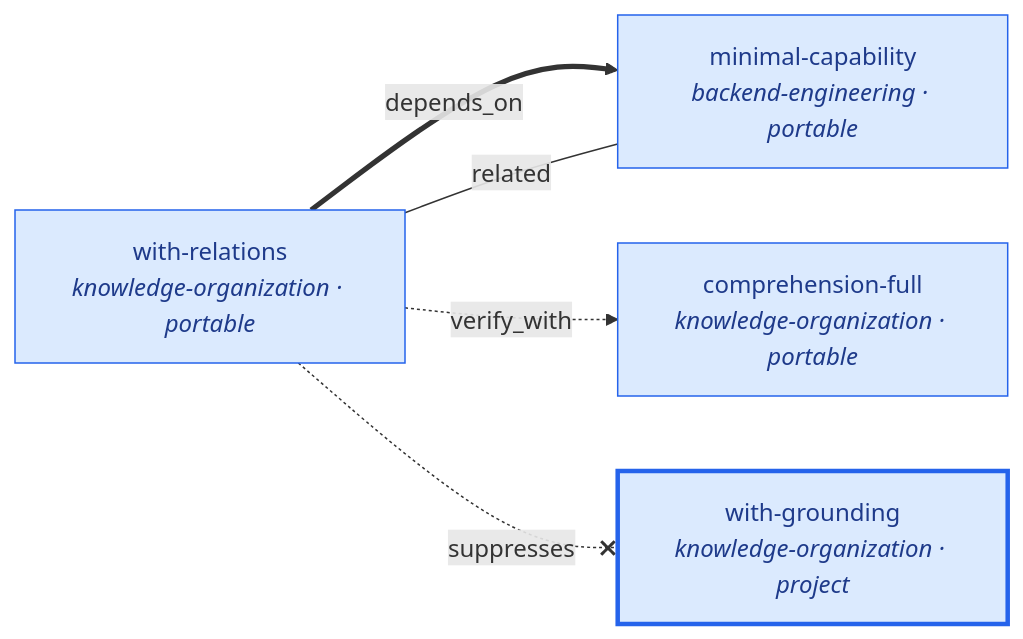
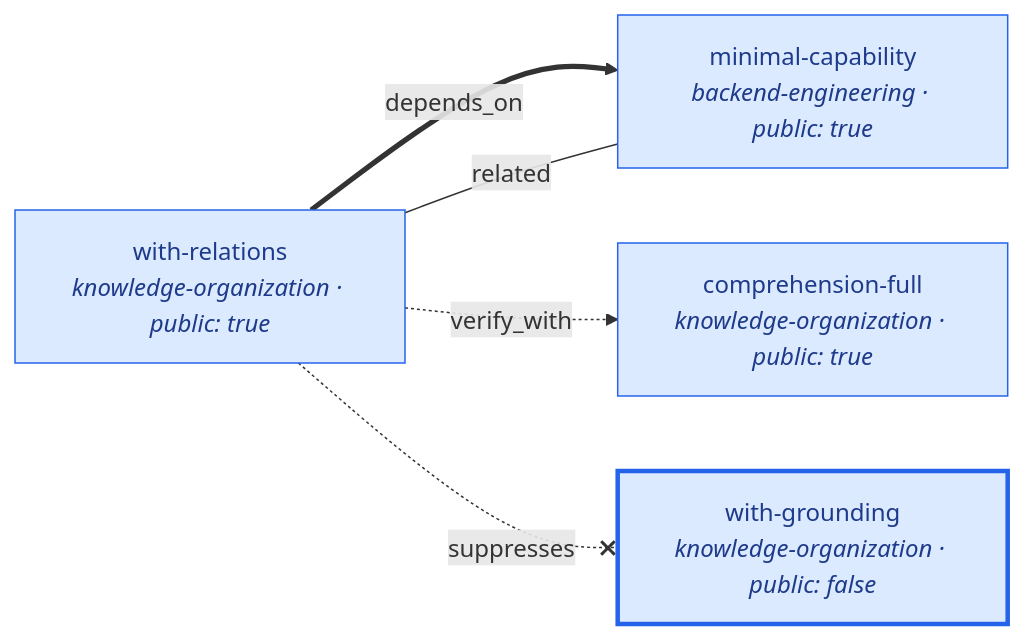
One commit to jacob-balslev/skill-graph changed the fifth of 5 diagrams in SKILL_GRAPH.md. Above: the diagram before and after it, drawn with Mermaid. The commit also changed other lines of this file and 96 other files, not shown here.

````diff
--- a/SKILL_GRAPH.md
+++ b/SKILL_GRAPH.md
@@ -399,24 +388,24 @@
 ```mermaid
 flowchart LR
-  MIN["minimal-capability<br/><i>backend-engineering · portable</i>"]
-  GR["with-grounding<br/><i>knowledge-organization · project</i>"]
-  REL["with-relations<br/><i>knowledge-organization · portable</i>"]
-  COMP["comprehension-full<br/><i>knowledge-organization · portable</i>"]
+  MIN["minimal-capability<br/><i>backend-engineering · public: true</i>"]
+  GR["with-grounding<br/><i>knowledge-organization · public: false</i>"]
+  REL["with-relations<br/><i>knowledge-organization · public: true</i>"]
+  COMP["comprehension-full<br/><i>knowledge-organization · public: true</i>"]
 
   %% depends_on — thick solid, load-bearing
   REL ==>|depends_on| MIN
 
   %% verify_with — dashed, co-load for confidence
   REL -.->|verify_with| COMP
 
   %% related — thin, suggested co-reading
   REL ---|related| MIN
 
   %% suppresses — red, anti-ownership
   REL -. suppresses .-x GR
 
   classDef capability fill:#dbeafe,stroke:#2563eb,color:#1e3a8a
   classDef project stroke-width:3px
   class MIN,GR,REL,COMP capability
   class GR project
 ```
````
